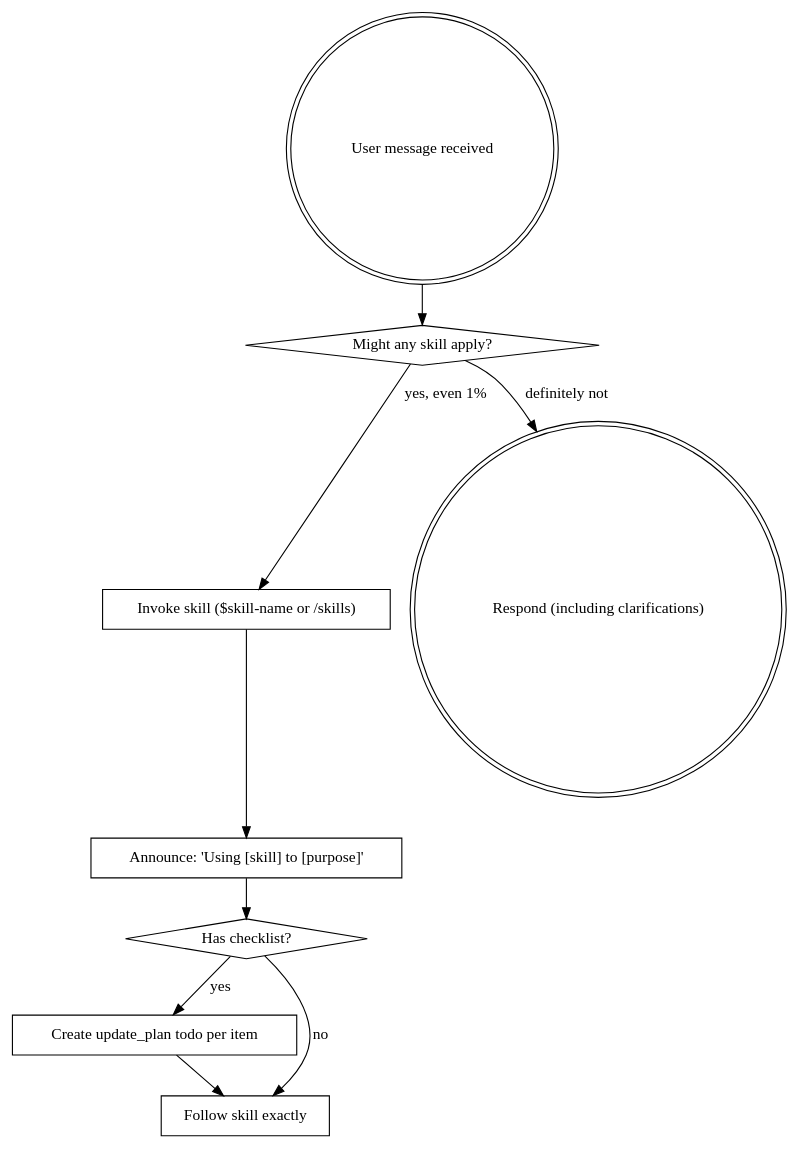
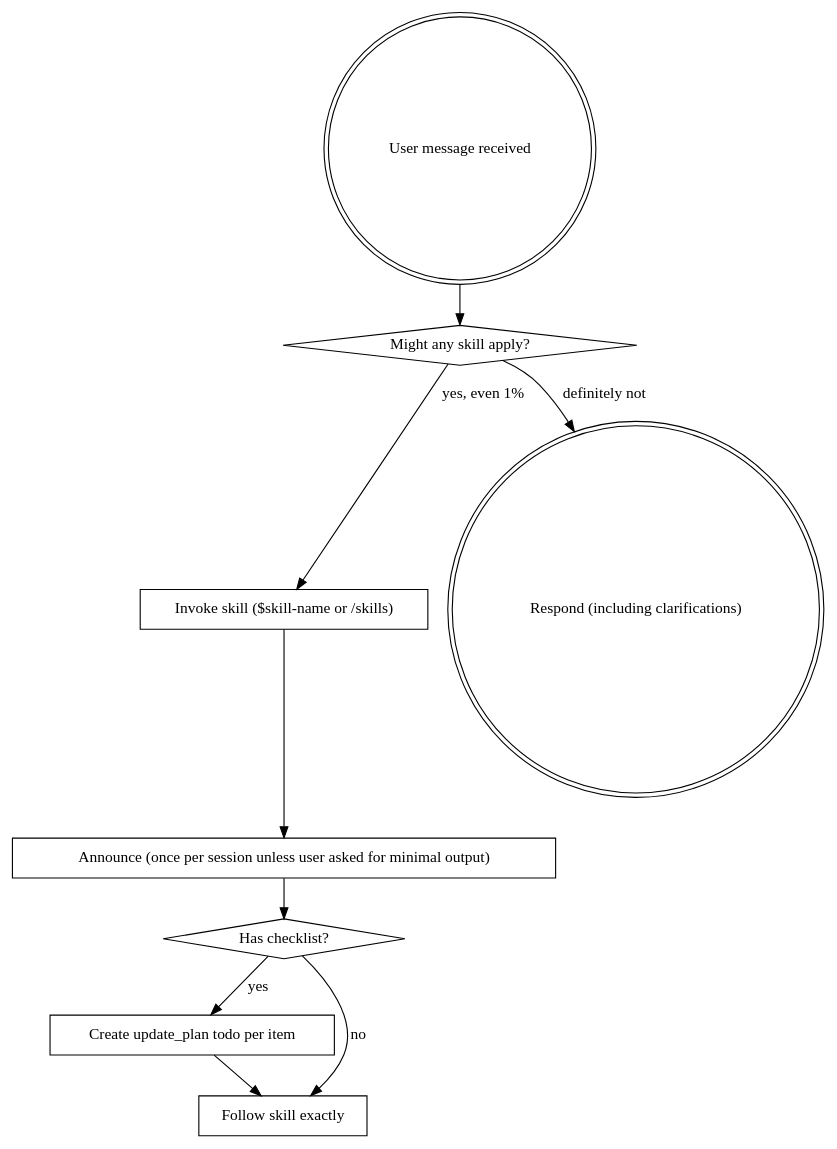
The diagram in skills/using-superpowers/SKILL.md (markelz0r/superpowers-codex), drawn with Graphviz before and after one commit. The commit also changed other lines of this file and 2 other files, not shown here.

Commit message:
chore: soften skill announcements and worktree usage

````diff
--- a/skills/using-superpowers/SKILL.md
+++ b/skills/using-superpowers/SKILL.md
@@ -26,21 +30,21 @@
 ```dot
 digraph skill_flow {
     "User message received" [shape=doublecircle];
     "Might any skill apply?" [shape=diamond];
     "Invoke skill ($skill-name or /skills)" [shape=box];
-    "Announce: 'Using [skill] to [purpose]'" [shape=box];
+    "Announce (once per session unless user asked for minimal output)" [shape=box];
     "Has checklist?" [shape=diamond];
     "Create update_plan todo per item" [shape=box];
     "Follow skill exactly" [shape=box];
     "Respond (including clarifications)" [shape=doublecircle];
 
     "User message received" -> "Might any skill apply?";
     "Might any skill apply?" -> "Invoke skill ($skill-name or /skills)" [label="yes, even 1%"];
     "Might any skill apply?" -> "Respond (including clarifications)" [label="definitely not"];
-    "Invoke skill ($skill-name or /skills)" -> "Announce: 'Using [skill] to [purpose]'";
-    "Announce: 'Using [skill] to [purpose]'" -> "Has checklist?";
+    "Invoke skill ($skill-name or /skills)" -> "Announce (once per session unless user asked for minimal output)";
+    "Announce (once per session unless user asked for minimal output)" -> "Has checklist?";
     "Has checklist?" -> "Create update_plan todo per item" [label="yes"];
     "Has checklist?" -> "Follow skill exactly" [label="no"];
     "Create update_plan todo per item" -> "Follow skill exactly";
 }
 ```
````
